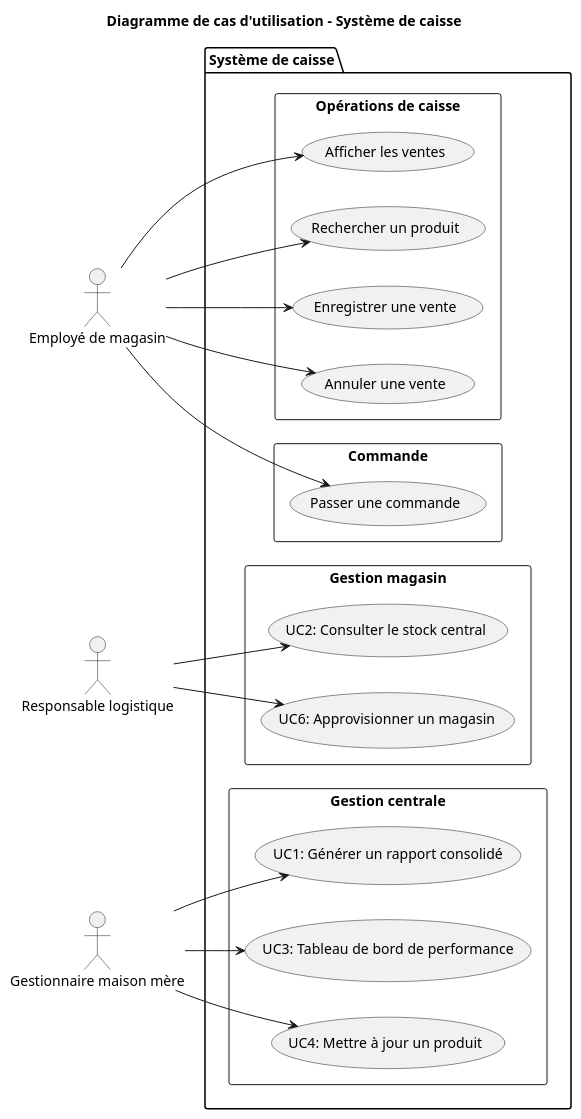
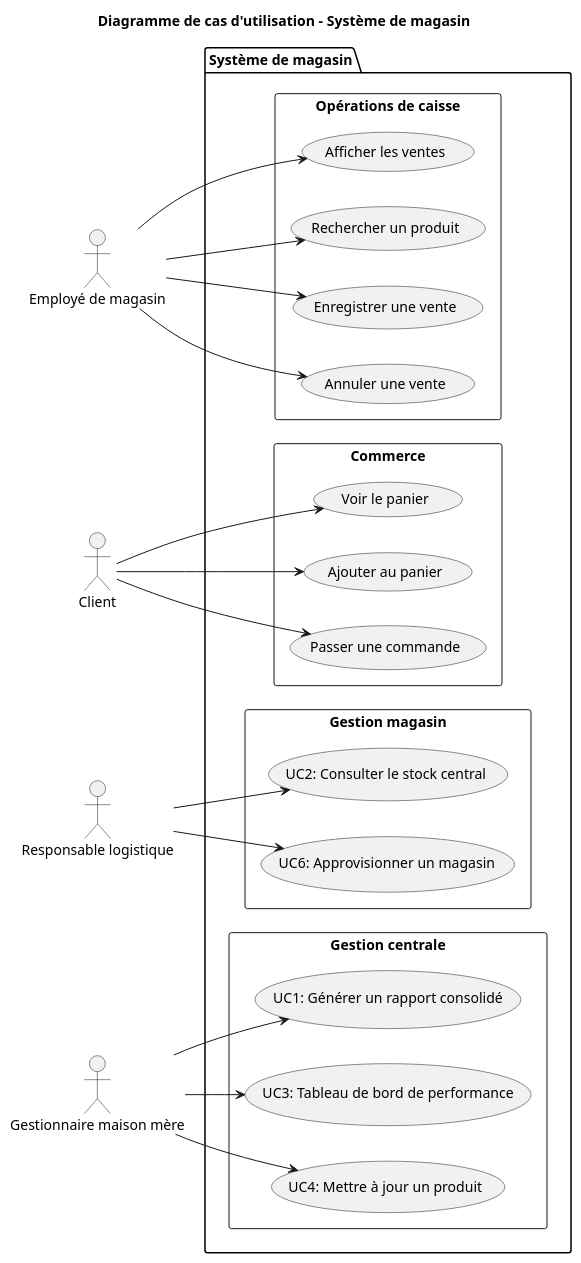
The diagram in docs/usecase.puml (nathanlamy/LOG430-LABO-7), drawn with PlantUML before and after one commit. The commit also changed 4 other files, not shown here.

```diff
--- a/docs/usecase.puml
+++ b/docs/usecase.puml
@@ -1,49 +1,55 @@
 @startuml
-title Diagramme de cas d'utilisation - Système de caisse
+title Diagramme de cas d'utilisation - Système de magasin
 
 left to right direction
 
 actor "Employé de magasin" as Empl
+actor "Client" as Client
 actor "Responsable logistique" as Resp
 actor "Gestionnaire maison mère" as Gest
 
-package "Système de caisse" {
+package "Système de magasin" {
 
   rectangle "Opérations de caisse" {
     usecase "Afficher les ventes" as UC_AfficherVente
     usecase "Rechercher un produit" as UC_RechercherProduit
     usecase "Enregistrer une vente" as UC_EnregistrerVente
     usecase "Annuler une vente" as UC_AnnulerVente
   }
 
-  rectangle "Commande" {
+  rectangle "Commerce" {
+    usecase "Voir le panier" as UC_panier1
+    usecase "Ajouter au panier" as UC_panier2
     usecase "Passer une commande" as UC_Commande
   }
 
   rectangle "Gestion magasin" {
     usecase "UC2: Consulter le stock central" as UC_ConsulterStock
     usecase "UC6: Approvisionner un magasin" as UC_Approvisionner
   }
 
   rectangle "Gestion centrale" {
     usecase "UC1: Générer un rapport consolidé" as UC_GenererRapport
     usecase "UC3: Tableau de bord de performance" as UC_TDB
     usecase "UC4: Mettre à jour un produit" as UC_MAJProduit
   }
 }
 
 ' Relations
 Empl --> UC_AfficherVente
 Empl --> UC_RechercherProduit
 Empl --> UC_EnregistrerVente
 Empl --> UC_AnnulerVente
-Empl --> UC_Commande
+
+Client --> UC_Commande
+Client --> UC_panier1
+Client --> UC_panier2
 
 Resp --> UC_ConsulterStock
 Resp --> UC_Approvisionner
 
 Gest --> UC_GenererRapport
 Gest --> UC_TDB
 Gest --> UC_MAJProduit
 
 @enduml
```
